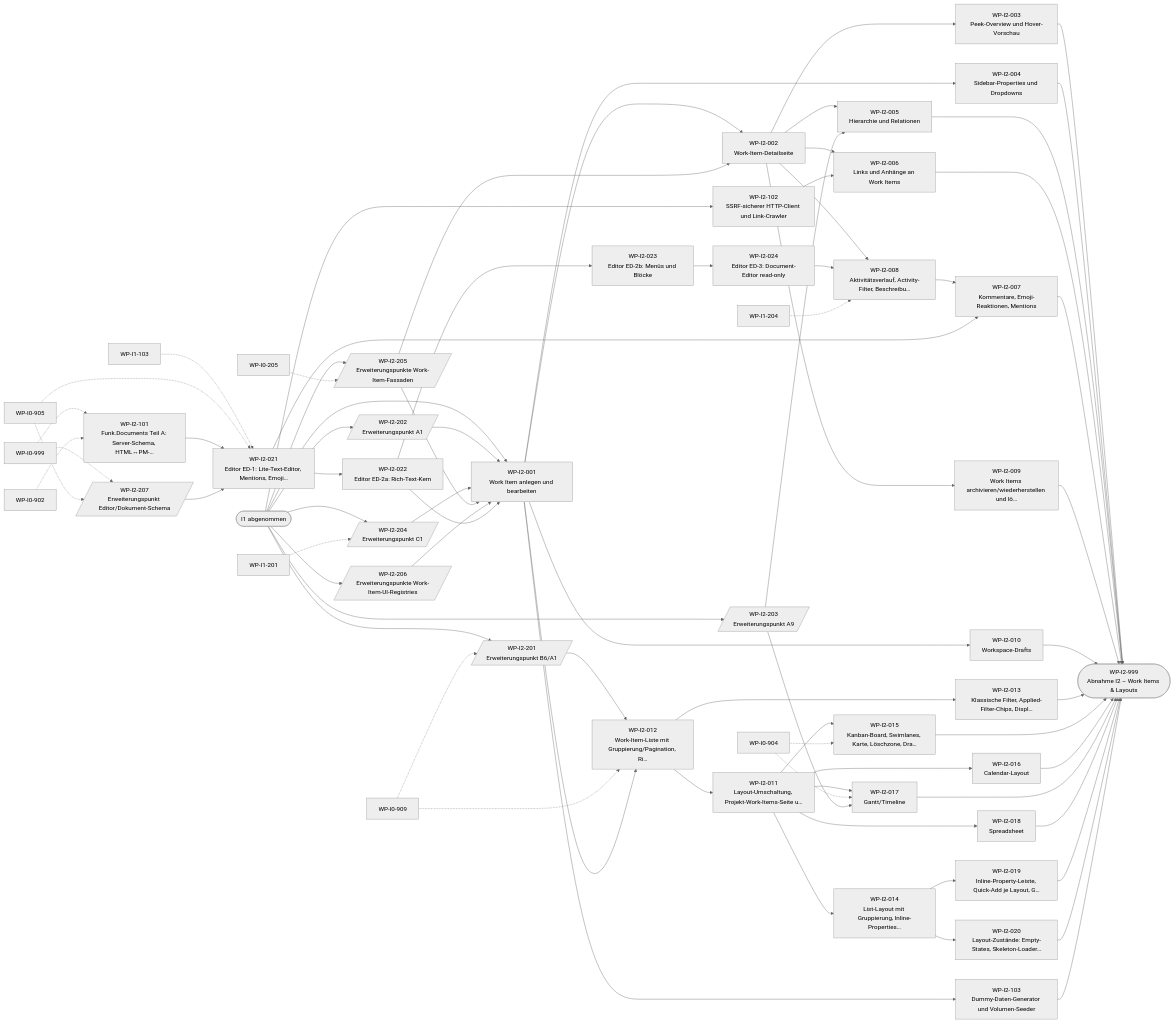
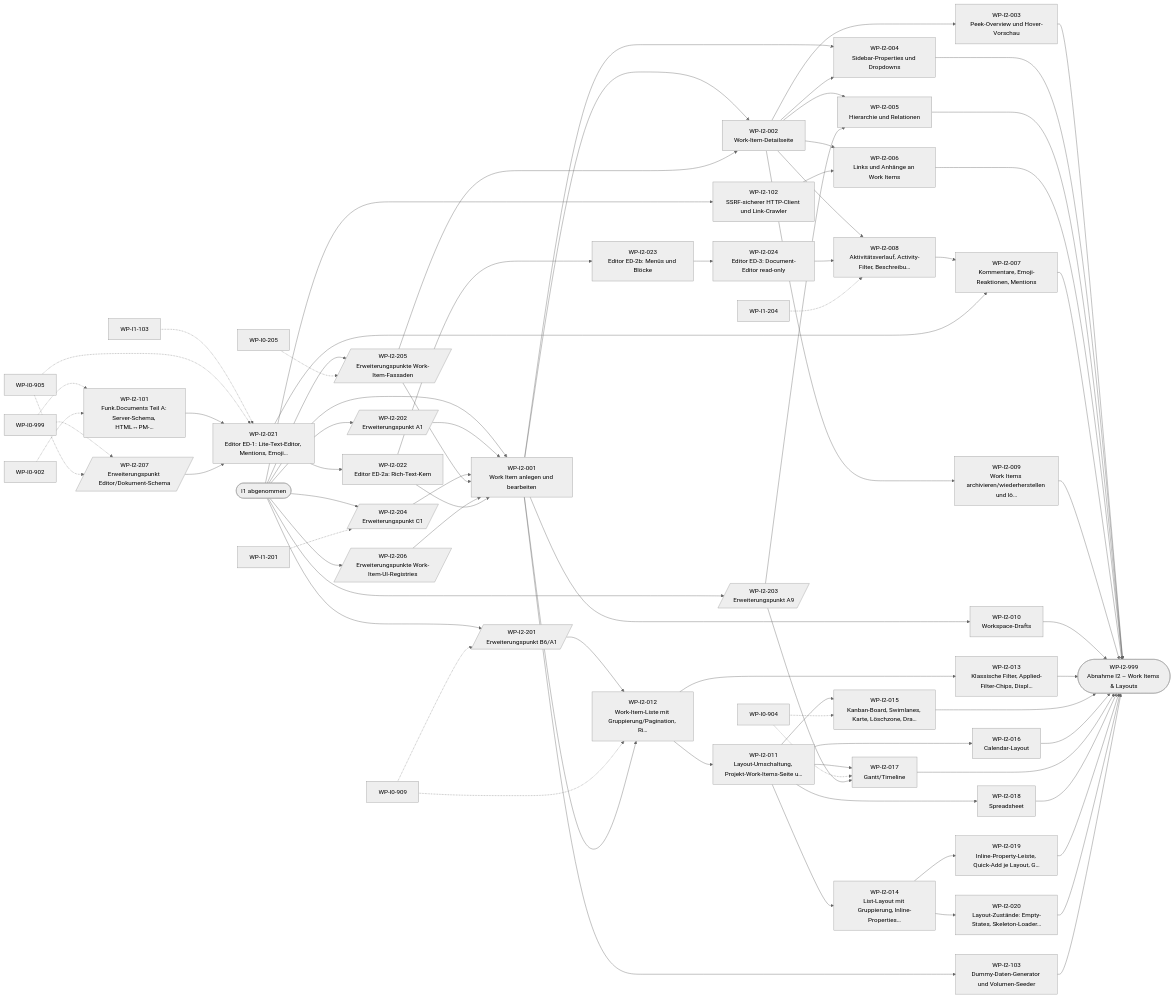
The fifth of 10 diagrams in migration/plan/01-roadmap-ce.md (mlwr/plane), drawn with Mermaid (neutral theme) before and after one commit. The commit also changed other lines of this file and 11 other files, not shown here.

```diff
--- a/migration/plan/01-roadmap-ce.md
+++ b/migration/plan/01-roadmap-ce.md
@@ -444,6 +448,7 @@
   WP_I2_205 --> WP_I2_002
   WP_I2_002 --> WP_I2_003
   WP_I2_001 --> WP_I2_004
+  WP_I2_002 --> WP_I2_004
   WP_I2_002 --> WP_I2_005
   WP_I2_203 --> WP_I2_005
   WP_I2_002 --> WP_I2_006
```
